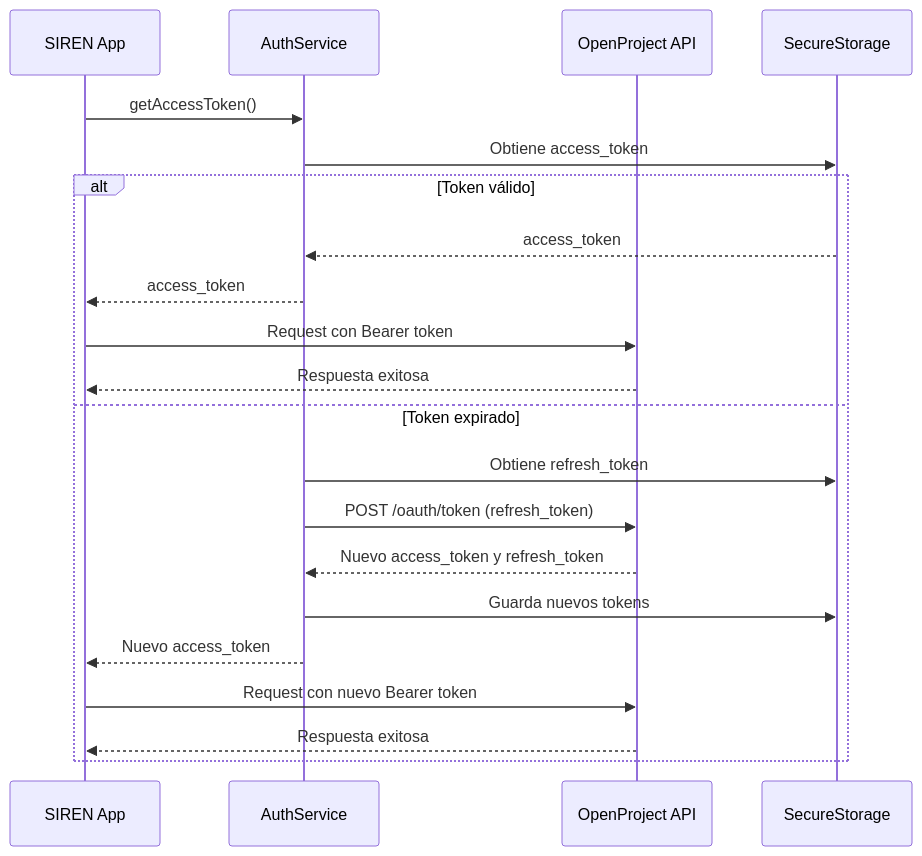
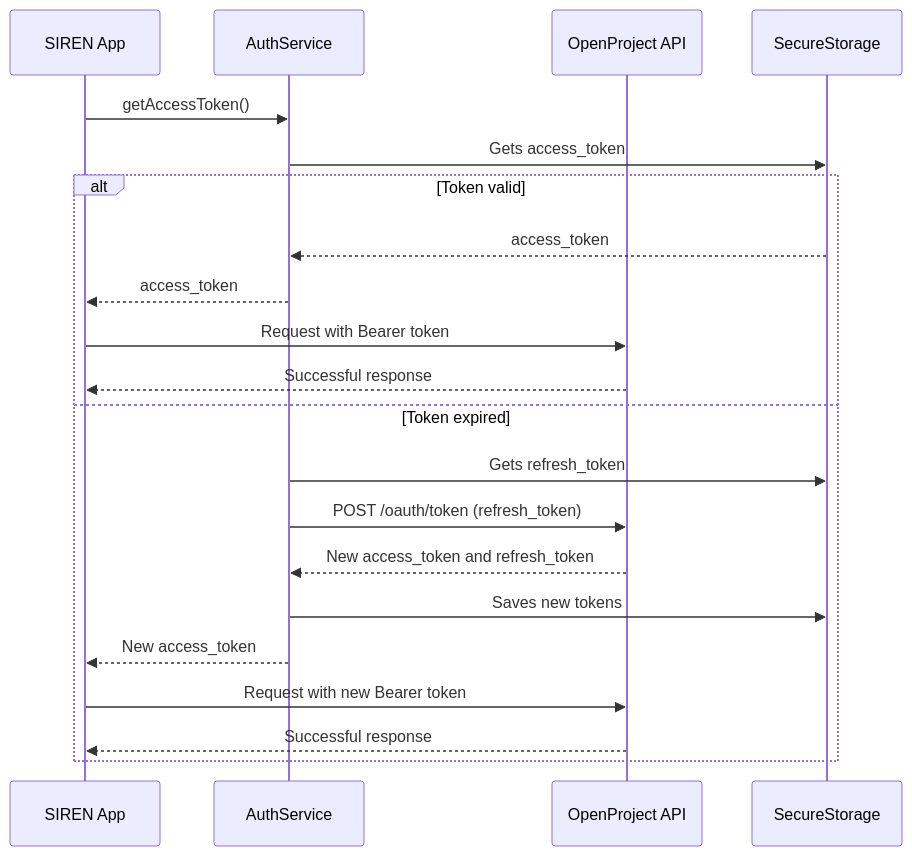
Before and after one commit to danibeni/SIREN_APP: the fourth of 9 diagrams in docs/SIREN_PROJECT_OVERVIEW.md, drawn with Mermaid. The commit also changed other lines of this file and 4 other files, not shown here.

````diff
--- a/docs/SIREN_PROJECT_OVERVIEW.md
+++ b/docs/SIREN_PROJECT_OVERVIEW.md
@@ -166,25 +166,25 @@
 ```mermaid
 sequenceDiagram
     participant App as SIREN App
     participant AuthService as AuthService
     participant API as OpenProject API
     participant Storage as SecureStorage
 
     App->>AuthService: getAccessToken()
-    AuthService->>Storage: Obtiene access_token
+    AuthService->>Storage: Gets access_token
     
-    alt Token válido
+    alt Token valid
         Storage-->>AuthService: access_token
         AuthService-->>App: access_token
-        App->>API: Request con Bearer token
-        API-->>App: Respuesta exitosa
-    else Token expirado
-        AuthService->>Storage: Obtiene refresh_token
+        App->>API: Request with Bearer token
+        API-->>App: Successful response
+    else Token expired
+        AuthService->>Storage: Gets refresh_token
         AuthService->>API: POST /oauth/token (refresh_token)
-        API-->>AuthService: Nuevo access_token y refresh_token
-        AuthService->>Storage: Guarda nuevos tokens
-        AuthService-->>App: Nuevo access_token
-        App->>API: Request con nuevo Bearer token
-        API-->>App: Respuesta exitosa
+        API-->>AuthService: New access_token and refresh_token
+        AuthService->>Storage: Saves new tokens
+        AuthService-->>App: New access_token
+        App->>API: Request with new Bearer token
+        API-->>App: Successful response
     end
 ```
````
